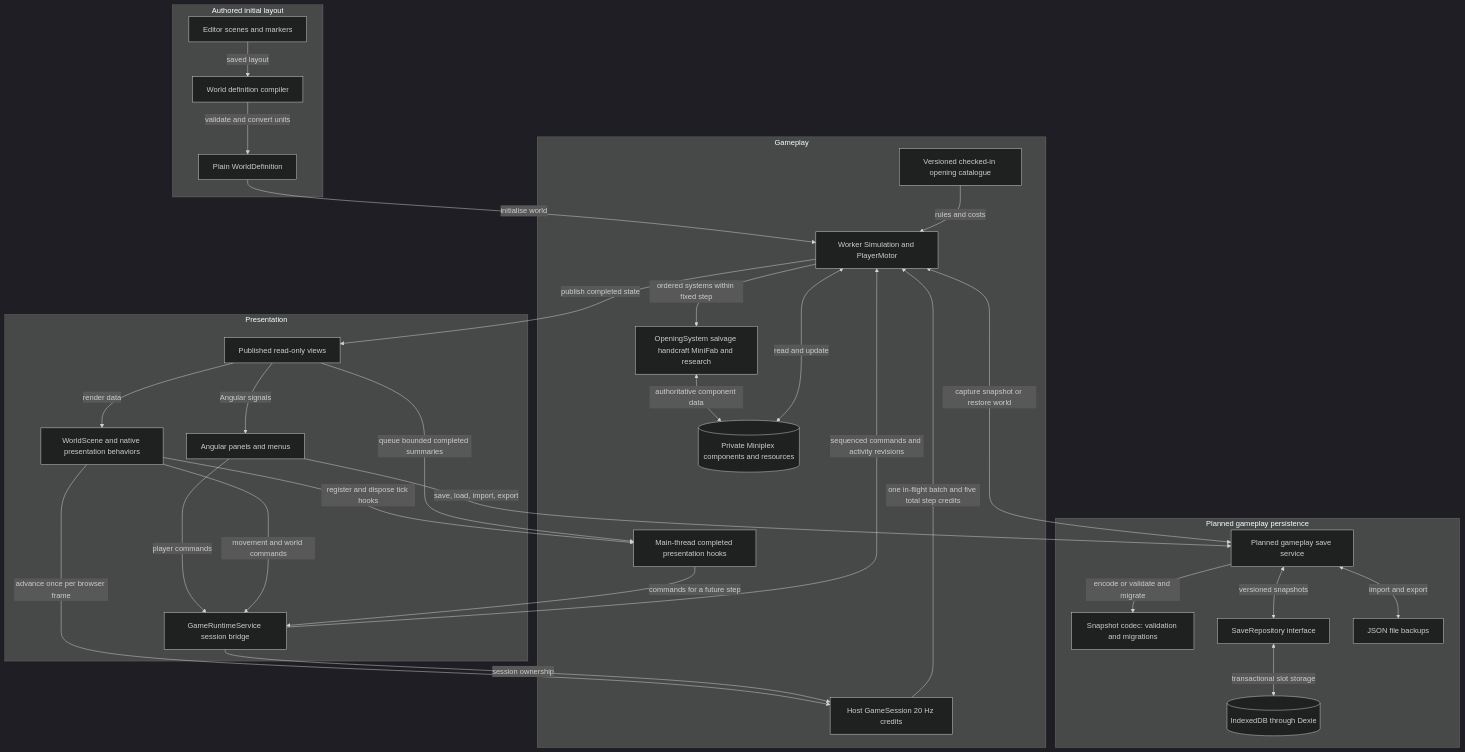
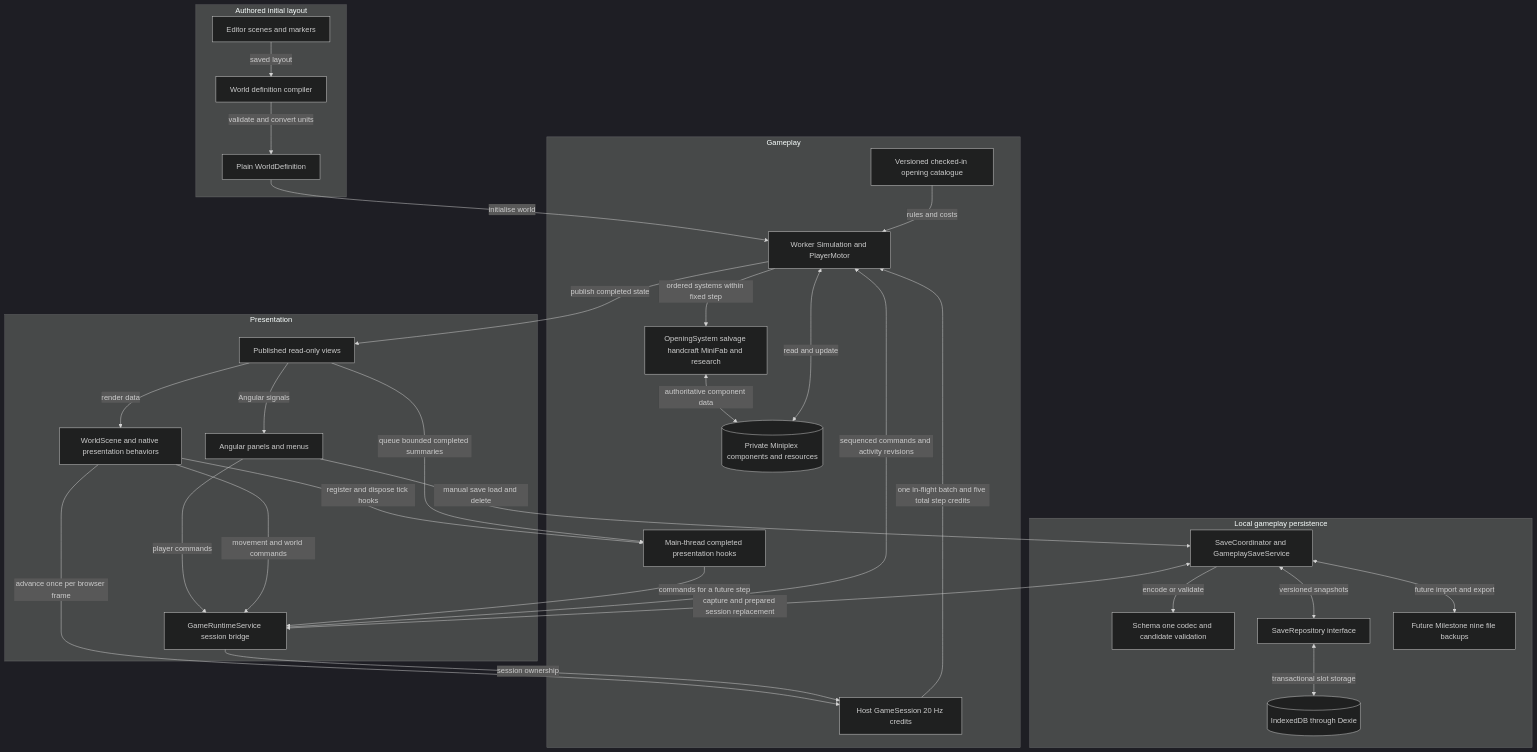
Before and after one commit to Googlproxer/Scrapworks: the diagram in docs/diagrams/src/system-interactions.mmd, drawn with Mermaid (dark theme). The commit also changed 77 other files, not shown here.

Commit message:
Implement Milestone 4 manual gameplay saves

```diff
--- a/docs/diagrams/src/system-interactions.mmd
+++ b/docs/diagrams/src/system-interactions.mmd
@@ -1,56 +1,56 @@
 flowchart TB
     subgraph Authoring[Authored initial layout]
         Editor[Editor scenes and markers]
         Compiler[World definition compiler]
         Definition[Plain WorldDefinition]
     end
 
     subgraph Presentation[Presentation]
         UI[Angular panels and menus]
         Scene[WorldScene and native presentation behaviors]
         Facade[GameRuntimeService session bridge]
         Views[Published read-only views]
     end
 
     subgraph Gameplay[Gameplay]
         Loop[Host GameSession 20 Hz credits]
         Hooks[Main-thread completed presentation hooks]
         Sim[Worker Simulation and PlayerMotor]
         State[(Private Miniplex components and resources)]
         Content[Versioned checked-in opening catalogue]
         ECS[OpeningSystem salvage handcraft MiniFab and research]
     end
 
-    subgraph Persistence[Planned gameplay persistence]
-        Saves[Planned gameplay save service]
-        Codec[Snapshot codec: validation and migrations]
+    subgraph Persistence[Local gameplay persistence]
+        Saves[SaveCoordinator and GameplaySaveService]
+        Codec[Schema one codec and candidate validation]
         Repository[SaveRepository interface]
         Local[(IndexedDB through Dexie)]
-        Files[JSON file backups]
+        Files[Future Milestone nine file backups]
     end
 
     Editor -->|saved layout| Compiler
     Compiler -->|validate and convert units| Definition
     Definition -->|initialise world| Sim
     UI -->|player commands| Facade
     Scene -->|movement and world commands| Facade
     Facade -->|sequenced commands and activity revisions| Sim
     Scene -->|advance once per browser frame| Loop
     Facade -->|session ownership| Loop
     Scene -->|register and dispose tick hooks| Hooks
     Views -->|queue bounded completed summaries| Hooks
     Hooks -->|commands for a future step| Facade
     Loop -->|one in-flight batch and five total step credits| Sim
     Sim -->|ordered systems within fixed step| ECS
     ECS <-->|authoritative component data| State
     Content -->|rules and costs| Sim
     Sim <-->|read and update| State
     Sim -->|publish completed state| Views
     Views -->|Angular signals| UI
     Views -->|render data| Scene
-    UI -->|save, load, import, export| Saves
-    Saves <-->|capture snapshot or restore world| Sim
-    Saves -->|encode or validate and migrate| Codec
+    UI -->|manual save load and delete| Saves
+    Saves <-->|capture and prepared session replacement| Facade
+    Saves -->|encode or validate| Codec
     Saves <-->|versioned snapshots| Repository
     Repository <-->|transactional slot storage| Local
-    Saves <-->|import and export| Files
+    Saves <-->|future import and export| Files
```
